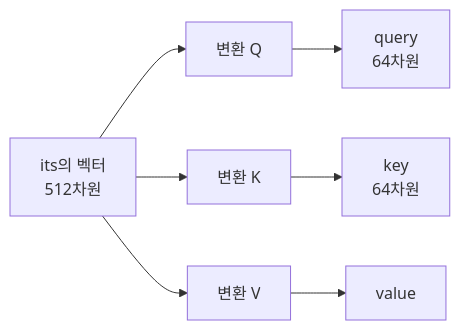
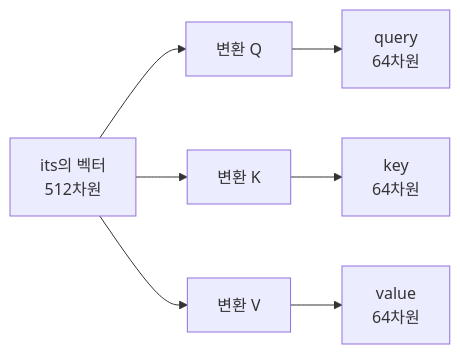
One commit to qoal1201/qoal1201.github.io changed the third of 4 diagrams in paper-reviews/1706.03762-attention-is-all-you-need.qmd. Above: the diagram before and after it, drawn with Mermaid. The commit also changed other lines of this file and 1 other file, not shown here.

````diff
--- a/paper-reviews/1706.03762-attention-is-all-you-need.qmd
+++ b/paper-reviews/1706.03762-attention-is-all-you-need.qmd
@@ -170,6 +172,6 @@
 ```{mermaid}
 flowchart LR
     E["its의 벡터<br/>512차원"] --> WQ["변환 Q"] --> Q["query<br/>64차원"]
     E --> WK["변환 K"] --> K["key<br/>64차원"]
-    E --> WV["변환 V"] --> V["value"]
+    E --> WV["변환 V"] --> V["value<br/>64차원"]
 ```
````
